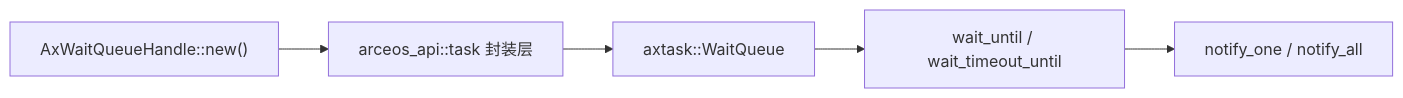
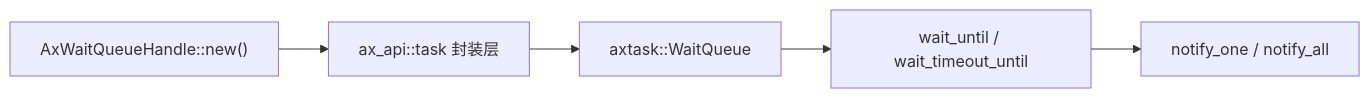
One commit to zKurisu/tgoskits changed the first of 2 diagrams in docs/crates/arceos-wait-queue.md. Above: the diagram before and after it, drawn with Mermaid. The commit also changed other lines of this file and 61 other files, not shown here.

Commit message:
rename arceos_api to ax-api

````diff
--- a/docs/crates/arceos-wait-queue.md
+++ b/docs/crates/arceos-wait-queue.md
@@ -25,7 +25,7 @@
 ```mermaid
 flowchart LR
-    A["AxWaitQueueHandle::new()"] --> B["arceos_api::task 封装层"]
+    A["AxWaitQueueHandle::new()"] --> B["ax_api::task 封装层"]
     B --> C["axtask::WaitQueue"]
     C --> D["wait_until / wait_timeout_until"]
     D --> E["notify_one / notify_all"]
 ```
````
